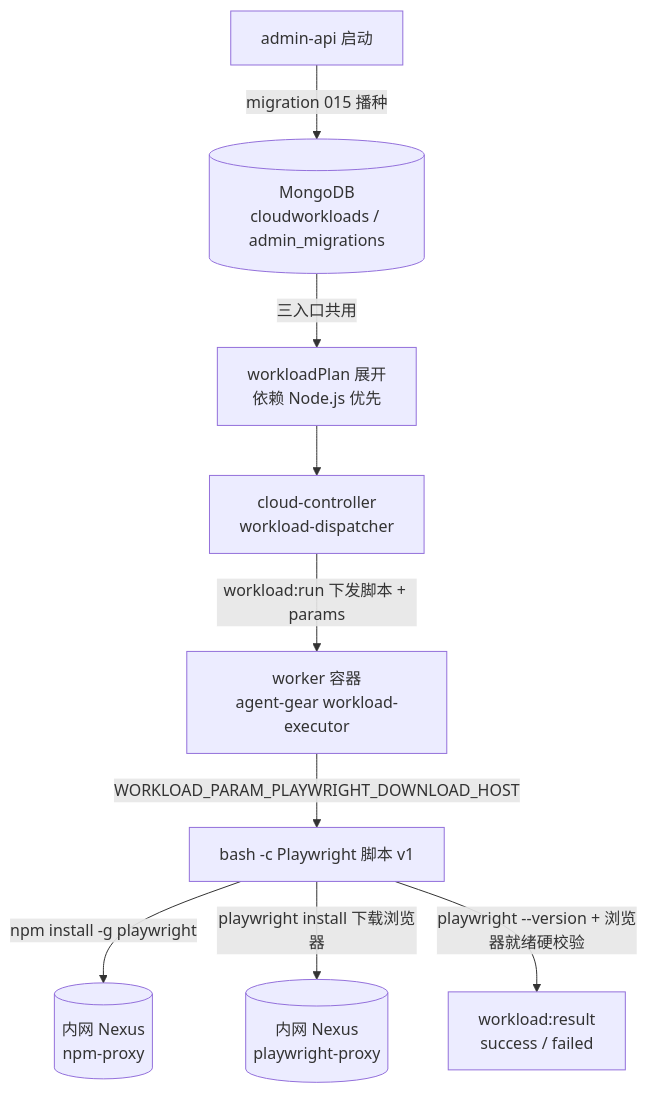
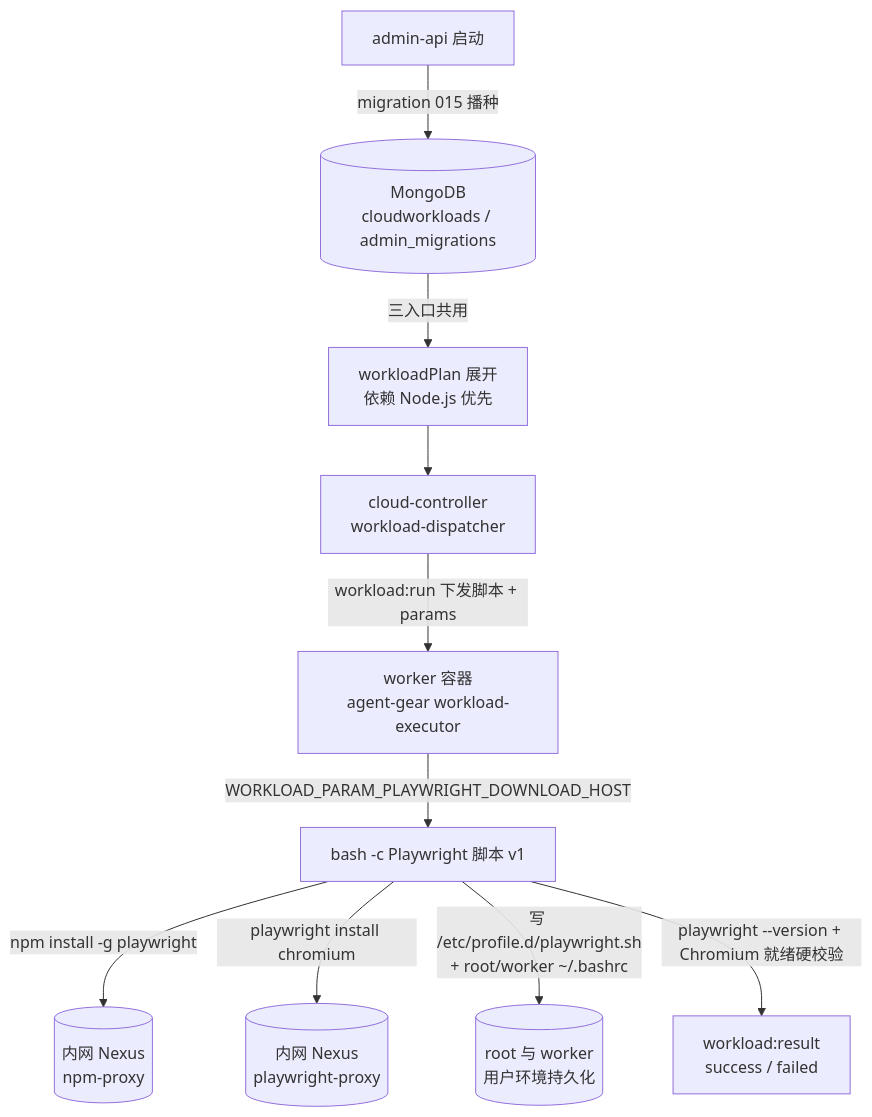
Before and after one commit to Deliay/z-agent-gear: the first of 3 diagrams in docs/engineering/proposals/20261028-feat-playwright-workload.md, drawn with Mermaid. The commit also changed other lines of this file and 2 other files, not shown here.

First line of the commit message:
docs(prd,plan): v1.1 评审修订——下载地址持久注入 root/worker 用户环境 + 默认仅安装 Chromium

````diff
--- a/docs/engineering/proposals/20261028-feat-playwright-workload.md
+++ b/docs/engineering/proposals/20261028-feat-playwright-workload.md
@@ -65,11 +68,12 @@
 ```mermaid
 graph TD
     A[admin-api 启动] -->|migration 015 播种| M[(MongoDB<br/>cloudworkloads / admin_migrations)]
     M -->|三入口共用| P[workloadPlan 展开<br/>依赖 Node.js 优先]
     P --> C[cloud-controller<br/>workload-dispatcher]
     C -->|workload:run 下发脚本 + params| W[worker 容器<br/>agent-gear workload-executor]
     W -->|WORKLOAD_PARAM_PLAYWRIGHT_DOWNLOAD_HOST| E[bash -c Playwright 脚本 v1]
     E -->|npm install -g playwright| N[(内网 Nexus<br/>npm-proxy)]
-    E -->|playwright install 下载浏览器| PB[(内网 Nexus<br/>playwright-proxy)]
-    E -->|playwright --version + 浏览器就绪硬校验| R[workload:result<br/>success / failed]
+    E -->|playwright install chromium| PB[(内网 Nexus<br/>playwright-proxy)]
+    E -->|写 /etc/profile.d/playwright.sh<br/>+ root/worker ~/.bashrc| ENV[(root 与 worker<br/>用户环境持久化)]
+    E -->|playwright --version + Chromium 就绪硬校验| R[workload:result<br/>success / failed]
 ```
````
